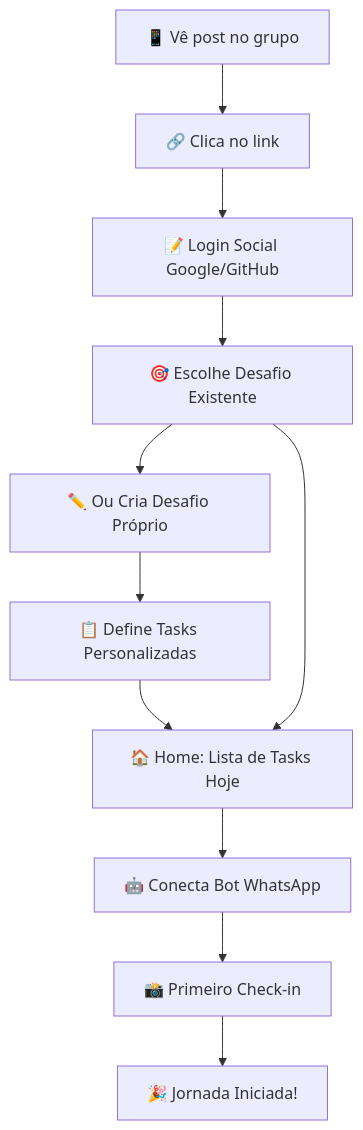
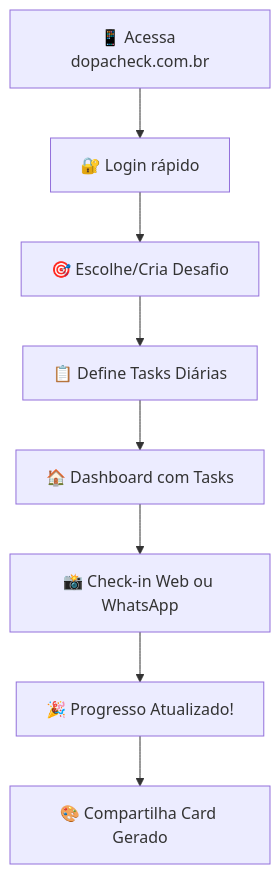
Before and after one commit to raphaieu/dopacheck.com.br: the diagram in README.md, drawn with Mermaid. The commit also changed other lines of this file and 13 other files, not shown here.

Commit message:
atualizado a interface para download do card e feature para gerar o card para compartilhar nas redes, também  ajustado e atualizado as documentações e readme, bem como o composer pois teve lib nova

````diff
--- a/README.md
+++ b/README.md
@@ -62,14 +61,10 @@
 ```mermaid
 graph TD
-    A[📱 Vê post no grupo] --> B[🔗 Clica no link]
-    B --> C[📝 Login Social Google/GitHub]
-    C --> D[🎯 Escolhe Desafio Existente]
-    D --> E[✏️ Ou Cria Desafio Próprio]
-    E --> F[📋 Define Tasks Personalizadas]
-    F --> G[🏠 Home: Lista de Tasks Hoje]
-    G --> H[🤖 Conecta Bot WhatsApp]
-    H --> I[📸 Primeiro Check-in]
-    I --> J[🎉 Jornada Iniciada!]
-    
-    D --> G
+    A[📱 Acessa dopacheck.com.br] --> B[🔐 Login rápido]
+    B --> C[🎯 Escolhe/Cria Desafio]
+    C --> D[📋 Define Tasks Diárias]
+    D --> E[🏠 Dashboard com Tasks]
+    E --> F[📸 Check-in Web ou WhatsApp]
+    F --> G[🎉 Progresso Atualizado!]
+    G --> H[🎨 Compartilha Card Gerado]
 ```
````
